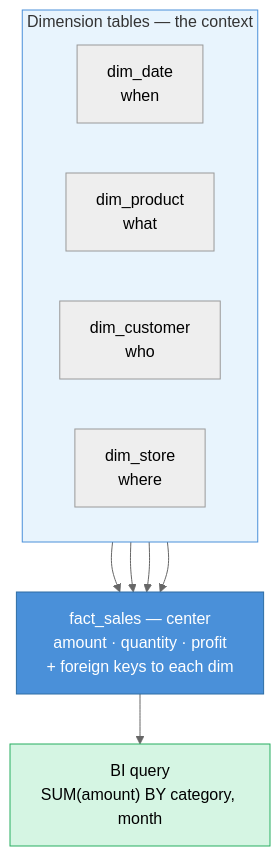
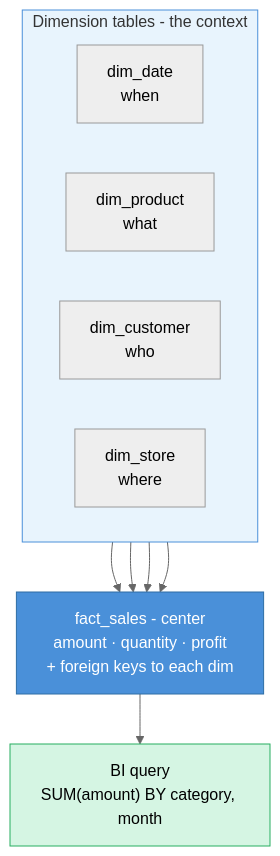
The seventh of 7 diagrams in data-architecture/architecture-map.md (adnanrahin/adnanrahin.github.io), drawn with Mermaid (neutral theme) before and after one commit. The commit also changed other lines of this file and 14 other files, not shown here.

Commit message:
updated the flowchart

````diff
--- a/data-architecture/architecture-map.md
+++ b/data-architecture/architecture-map.md
@@ -352,23 +352,23 @@
 ```mermaid
 flowchart TD
-    subgraph DIMS["Dimension tables — the context"]
+    subgraph DIMS["Dimension tables - the context"]
         direction LR
         DD["dim_date<br/>when"]
         DP["dim_product<br/>what"]
         DC["dim_customer<br/>who"]
         DS["dim_store<br/>where"]
     end
 
-    FACT["fact_sales — center<br/>amount · quantity · profit<br/>+ foreign keys to each dim"]
+    FACT["fact_sales - center<br/>amount · quantity · profit<br/>+ foreign keys to each dim"]
 
     DD --> FACT
     DP --> FACT
     DC --> FACT
     DS --> FACT
 
     FACT --> BI5["BI query<br/>SUM(amount) BY category, month"]
 
     style FACT fill:#4A90D9,color:#fff,stroke:#2E6DA4
     style DIMS fill:#E8F4FD,stroke:#4A90D9
     style BI5 fill:#D5F5E3,stroke:#27AE60
 ```
````
